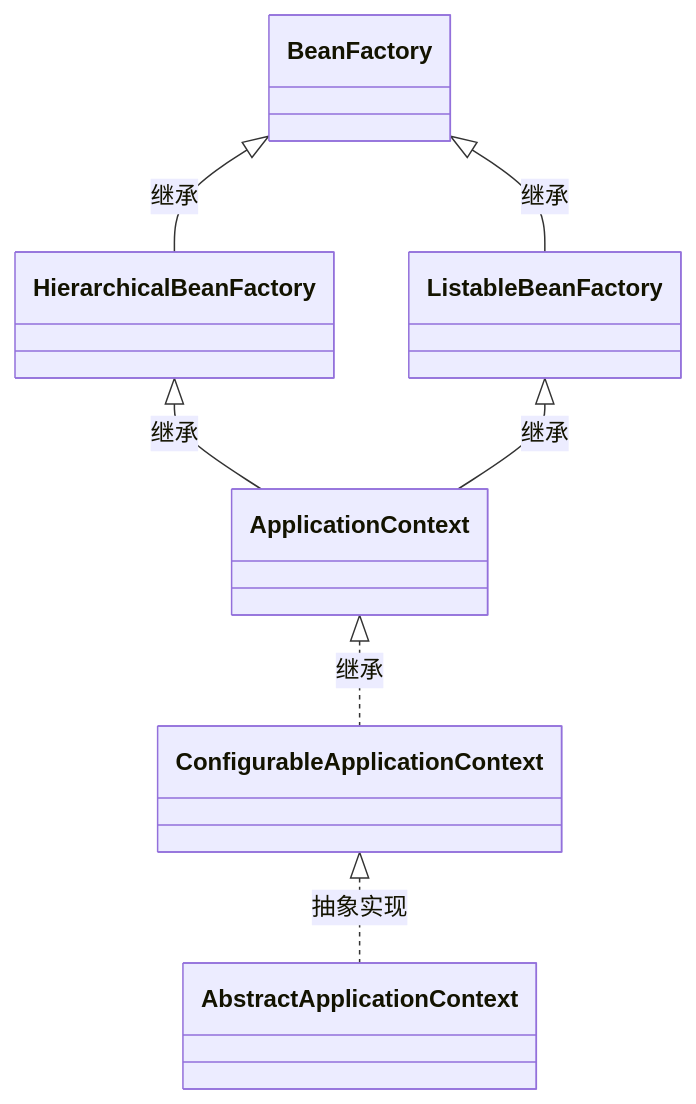
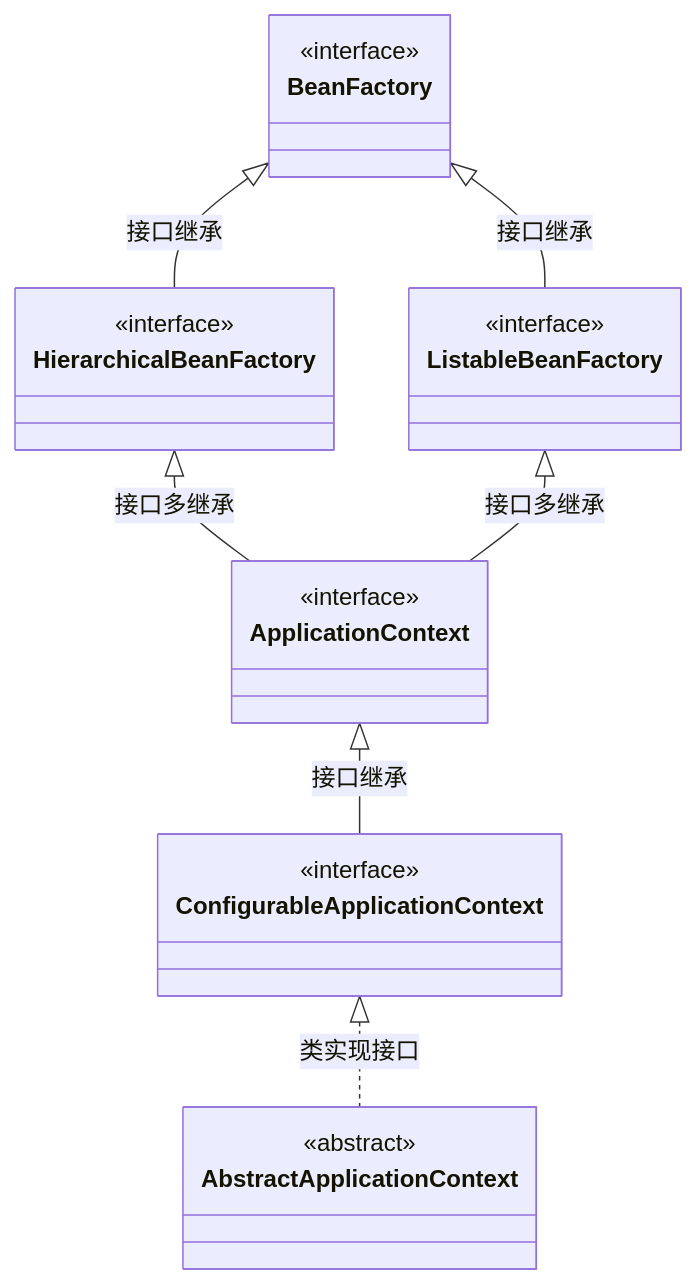
One commit to GuoWWWX/knowledge-base changed the first of 3 diagrams in 20-Java后端/04-Spring生态/01-IoC容器与Bean生命周期.md. Above: the diagram before and after it, drawn with Mermaid. The commit also changed other lines of this file, not shown here.

Commit message:
fix(spring): 明确ApplicationContext体系图中的接口多继承关系并增加解析

````diff
--- a/20-Java后端/04-Spring生态/01-IoC容器与Bean生命周期.md
+++ b/20-Java后端/04-Spring生态/01-IoC容器与Bean生命周期.md
@@ -30,9 +30,28 @@
 ```mermaid
 classDiagram
-    BeanFactory <|-- HierarchicalBeanFactory : 继承
-    BeanFactory <|-- ListableBeanFactory : 继承
-    HierarchicalBeanFactory <|-- ApplicationContext : 继承
-    ListableBeanFactory <|-- ApplicationContext : 继承
-    ApplicationContext <|.. ConfigurableApplicationContext : 继承
-    ConfigurableApplicationContext <|.. AbstractApplicationContext : 抽象实现
+    class BeanFactory {
+        <<interface>>
+    }
+    class HierarchicalBeanFactory {
+        <<interface>>
+    }
+    class ListableBeanFactory {
+        <<interface>>
+    }
+    class ApplicationContext {
+        <<interface>>
+    }
+    class ConfigurableApplicationContext {
+        <<interface>>
+    }
+    class AbstractApplicationContext {
+        <<abstract>>
+    }
+
+    BeanFactory <|-- HierarchicalBeanFactory : 接口继承
+    BeanFactory <|-- ListableBeanFactory : 接口继承
+    HierarchicalBeanFactory <|-- ApplicationContext : 接口多继承
+    ListableBeanFactory <|-- ApplicationContext : 接口多继承
+    ApplicationContext <|-- ConfigurableApplicationContext : 接口继承
+    ConfigurableApplicationContext <|.. AbstractApplicationContext : 类实现接口
 ```
````
